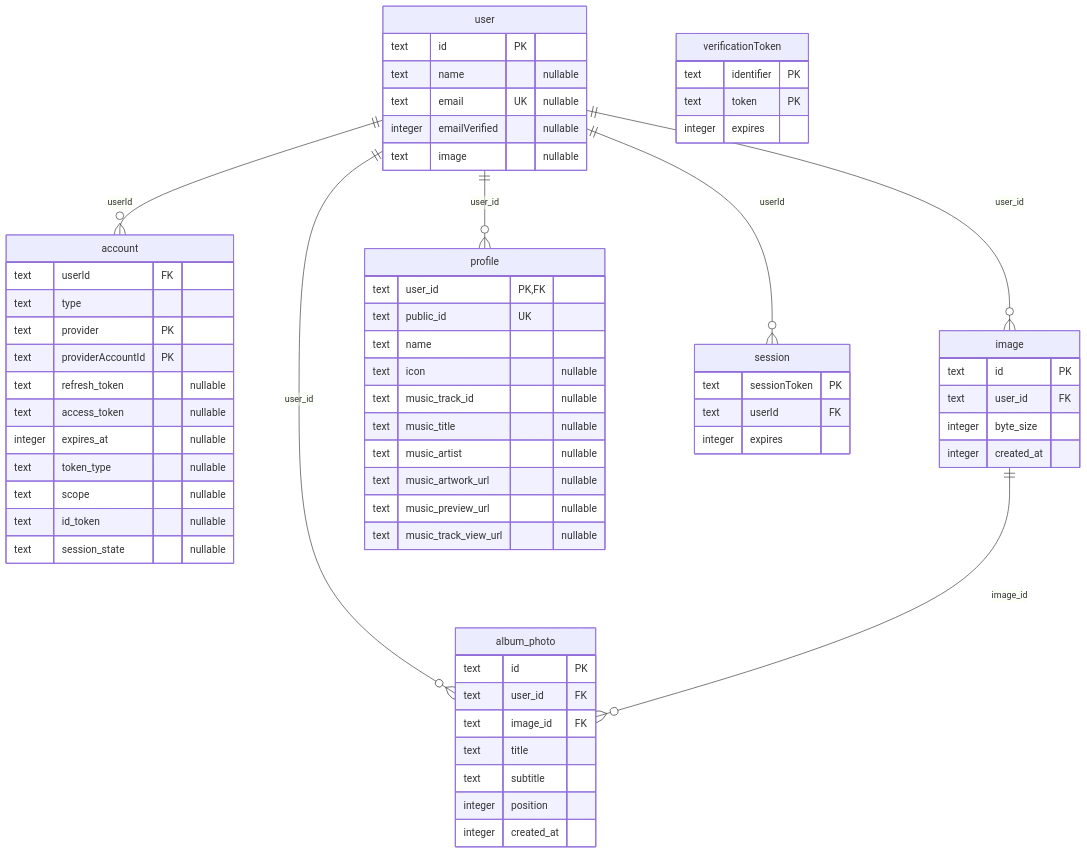
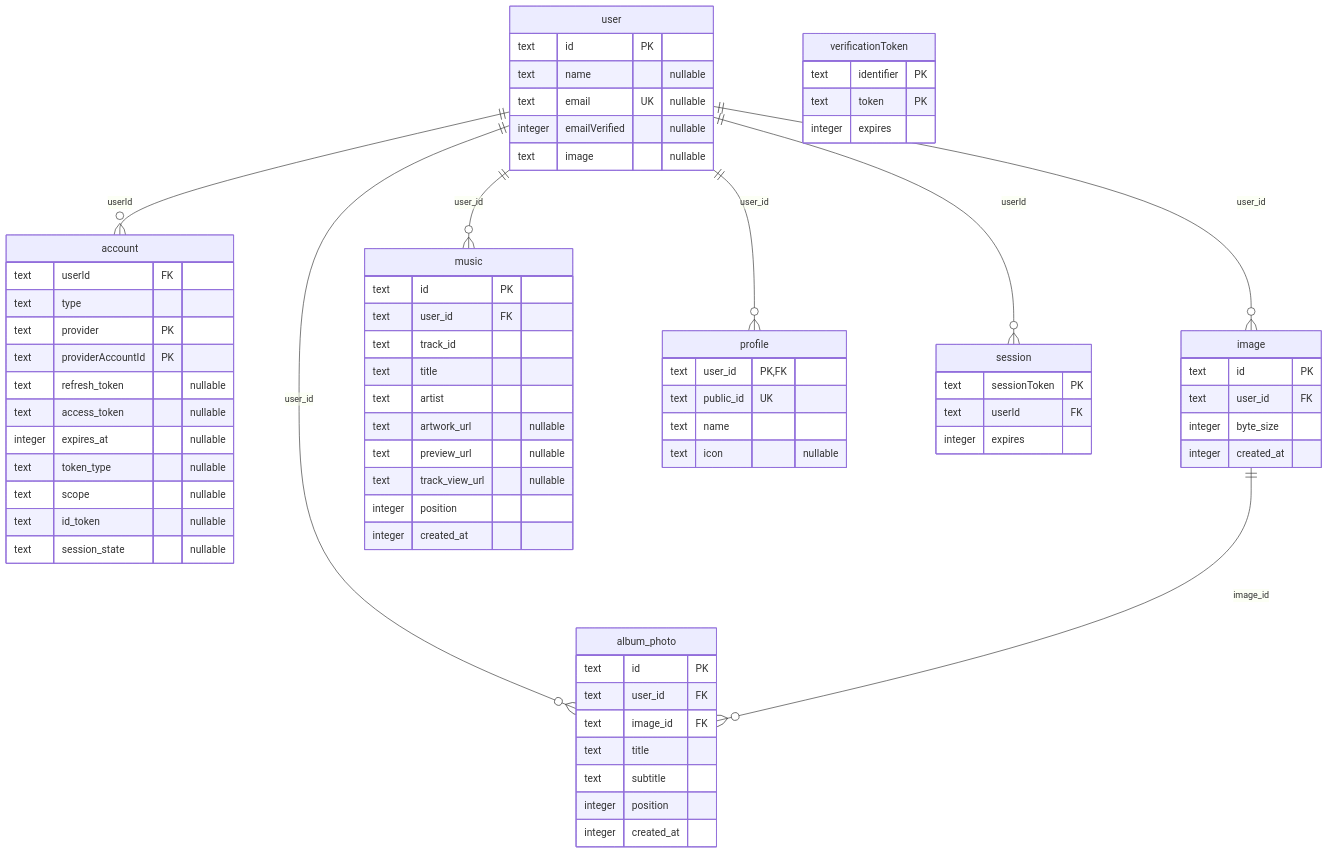
Before and after one commit to nito-008/oheya: the diagram in docs/er.md, drawn with Mermaid. The commit also changed 6 other files, not shown here.

````diff
--- a/docs/er.md
+++ b/docs/er.md
@@ -6,66 +6,73 @@
 ```mermaid
 erDiagram
   account {
     text userId FK
     text type
     text provider PK
     text providerAccountId PK
     text refresh_token "nullable"
     text access_token "nullable"
     integer expires_at "nullable"
     text token_type "nullable"
     text scope "nullable"
     text id_token "nullable"
     text session_state "nullable"
   }
   album_photo {
     text id PK
     text user_id FK
     text image_id FK
     text title
     text subtitle
     integer position
     integer created_at
   }
   image {
     text id PK
     text user_id FK
     integer byte_size
     integer created_at
   }
+  music {
+    text id PK
+    text user_id FK
+    text track_id
+    text title
+    text artist
+    text artwork_url "nullable"
+    text preview_url "nullable"
+    text track_view_url "nullable"
+    integer position
+    integer created_at
+  }
   profile {
     text user_id PK,FK
     text public_id UK
     text name
     text icon "nullable"
-    text music_track_id "nullable"
-    text music_title "nullable"
-    text music_artist "nullable"
-    text music_artwork_url "nullable"
-    text music_preview_url "nullable"
-    text music_track_view_url "nullable"
   }
   session {
     text sessionToken PK
     text userId FK
     integer expires
   }
   user {
     text id PK
     text name "nullable"
     text email UK "nullable"
     integer emailVerified "nullable"
     text image "nullable"
   }
   verificationToken {
     text identifier PK
     text token PK
     integer expires
   }
   user ||--o{ account : "userId"
   user ||--o{ album_photo : "user_id"
   image ||--o{ album_photo : "image_id"
   user ||--o{ image : "user_id"
+  user ||--o{ music : "user_id"
   user ||--o{ profile : "user_id"
   user ||--o{ session : "userId"
 ```
````
